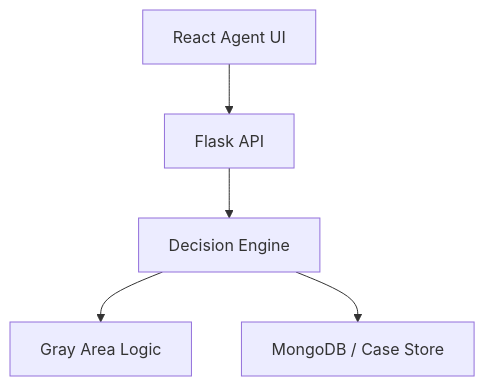
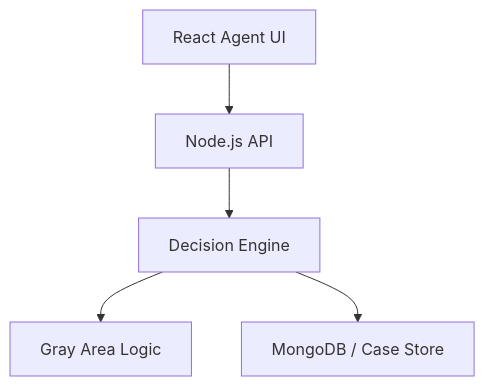
One commit to hudaalzharani-commits/Call-Helper-showcase changed the second of 2 diagrams in README.md. Above: the diagram before and after it, drawn with Mermaid. The commit also changed other lines of this file and 1 other file, not shown here.

First line of the commit message:
Fix backend stack to Node.js instead of Python

````diff
--- a/README.md
+++ b/README.md
@@ -94,7 +94,7 @@
 ```mermaid
 flowchart TB
-    UI["React Agent UI"] --> API["Flask API"]
+    UI["React Agent UI"] --> API["Node.js API"]
     API --> Engine["Decision Engine"]
     Engine --> Gray["Gray Area Logic"]
     Engine --> DB["MongoDB / Case Store"]
 ```
````
